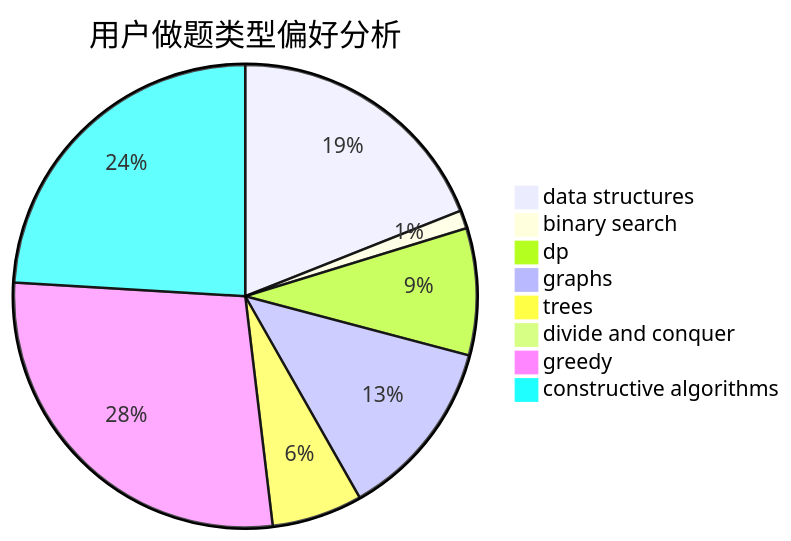
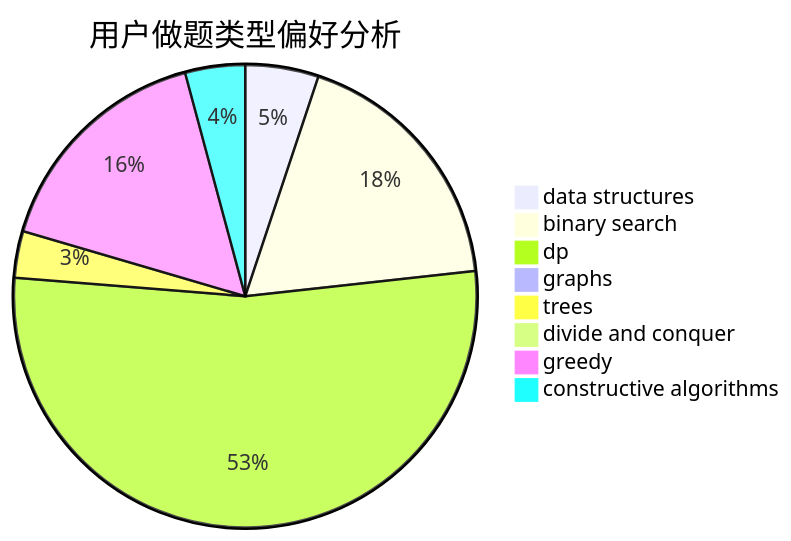
The second of 3 diagrams in docs/user/u2698.md (sherpahu/cfrs.github.io), drawn with Mermaid before and after one commit. The commit also changed other lines of this file and 2770 other files, not shown here.

````diff
--- a/docs/user/u2698.md
+++ b/docs/user/u2698.md
@@ -23,11 +23,11 @@
 ```mermaid
 pie title 用户做题类型偏好分析
-    "data structures" :  15
-    "binary search" :  1
-    "dp" :  7
-    "graphs" :  10
-    "trees" :  5
+    "data structures" :  11
+    "binary search" :  39
+    "dp" :  114
+    "graphs" :  1
+    "trees" :  7
     "divide and conquer" :  0
-    "greedy" :  22
-    "constructive algorithms" :  19
+    "greedy" :  35
+    "constructive algorithms" :  9
 ```
````
